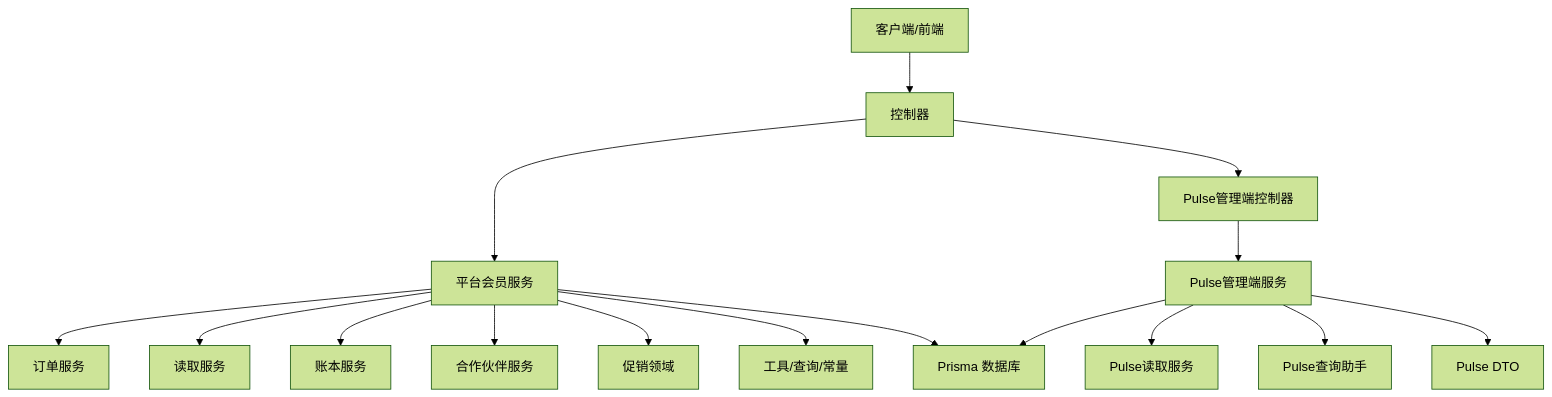
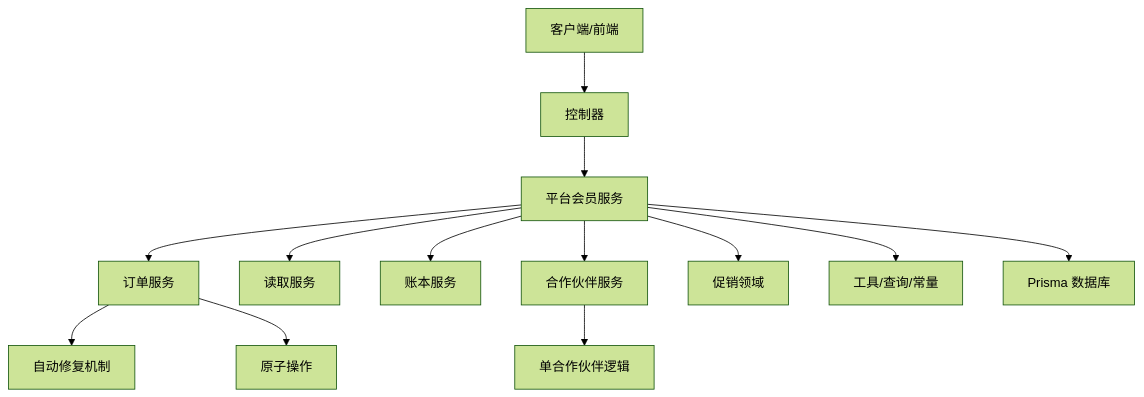
The second of 11 diagrams in .qoder/repowiki/zh/content/业务模块/会员管理模块/平台会员管理.md (rc558620/purelyprofit-server), drawn with Mermaid (forest theme) before and after one commit. The commit also changed other lines of this file and 8 other files, not shown here.

````diff
--- a/.qoder/repowiki/zh/content/业务模块/会员管理模块/平台会员管理.md
+++ b/.qoder/repowiki/zh/content/业务模块/会员管理模块/平台会员管理.md
@@ -152,18 +137,15 @@
 ```mermaid
 graph TB
 Client["客户端/前端"] --> Ctrl["控制器"]
 Ctrl --> Svc["平台会员服务"]
-Ctrl --> PAC["Pulse管理端控制器"]
 Svc --> OrderSvc["订单服务"]
 Svc --> ReadSvc["读取服务"]
 Svc --> LedgerSvc["账本服务"]
 Svc --> PartnerSvc["合作伙伴服务"]
 Svc --> Promo["促销领域"]
 Svc --> Utils["工具/查询/常量"]
 Svc --> DB["Prisma 数据库"]
-PAC --> AdminSvc["Pulse管理端服务"]
-AdminSvc --> AdminReadSvc["Pulse读取服务"]
-AdminSvc --> AdminQueryHelper["Pulse查询助手"]
-AdminSvc --> AdminDTO["Pulse DTO"]
-AdminSvc --> DB
+OrderSvc --> AutoRepair["自动修复机制"]
+OrderSvc --> AtomicOps["原子操作"]
+PartnerSvc --> SinglePartner["单合作伙伴逻辑"]
 ```
````
